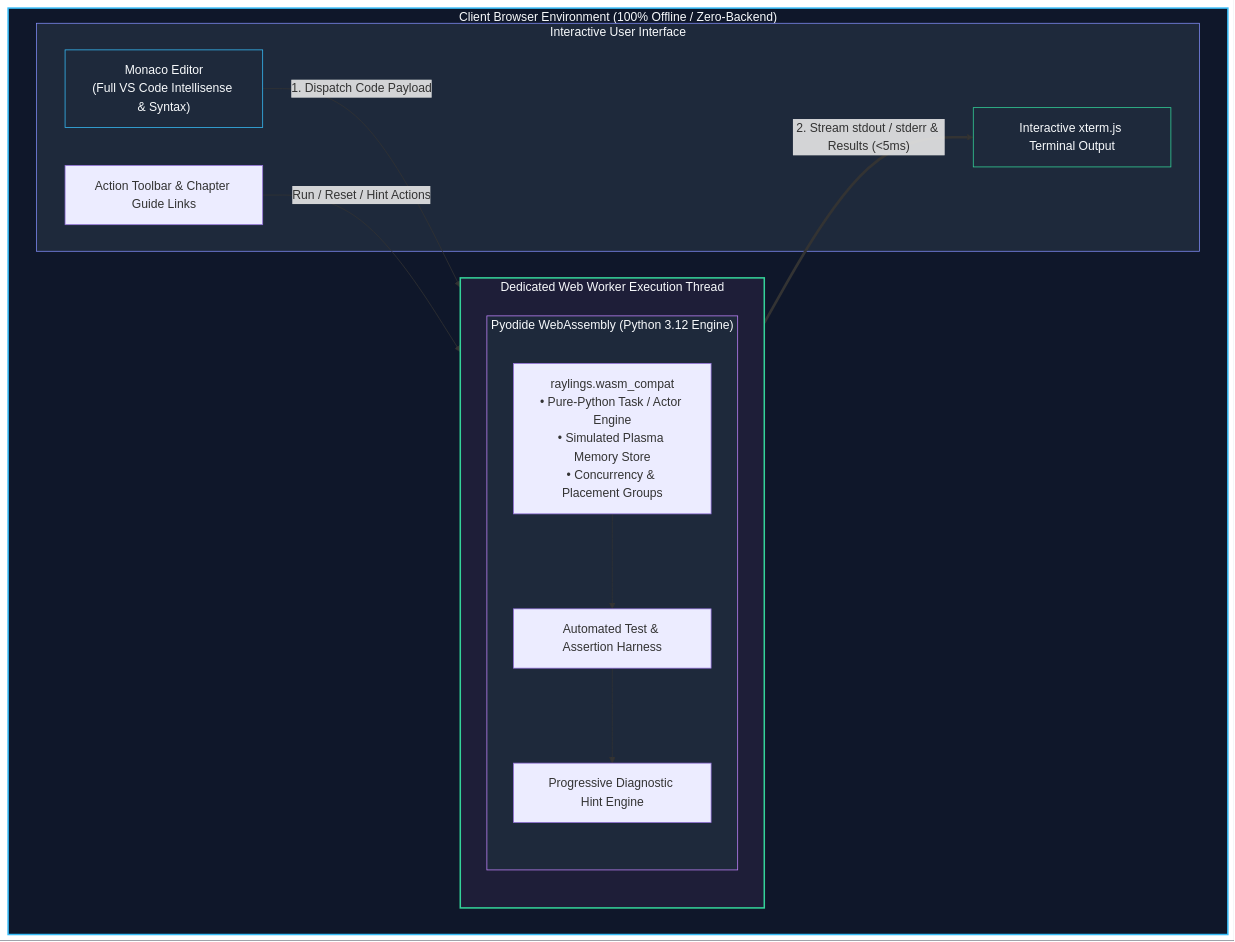
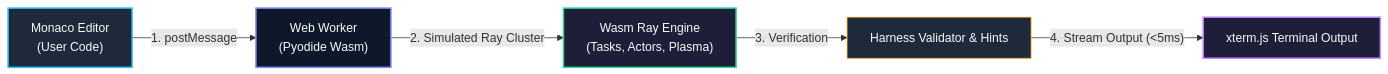
The diagram in docs/index.md (dnf0/raylings), drawn with Mermaid before and after one commit. The commit also changed other lines of this file and 22 other files, not shown here.

Commit message:
docs: streamline mermaid diagrams and attach conceptual walkthroughs (#26)

````diff
--- a/docs/index.md
+++ b/docs/index.md
@@ -77,31 +77,13 @@
 ```mermaid
-flowchart TD
-    subgraph BrowserClient["Client Browser Environment (100% Offline / Zero-Backend)"]
-        subgraph UI["Interactive User Interface"]
-            Monaco["Monaco Editor<br/>(Full VS Code Intellisense & Syntax)"]
-            Toolbar["Action Toolbar & Chapter Guide Links"]
-            Term["Interactive xterm.js Terminal Output"]
-        end
+flowchart LR
+    Monaco["Monaco Editor<br/>(User Code)"] -->|"1. postMessage"| Worker["Web Worker<br/>(Pyodide Wasm)"]
+    Worker -->|"2. Simulated Ray Cluster"| Engine["Wasm Ray Engine<br/>(Tasks, Actors, Plasma)"]
+    Engine -->|"3. Verification"| Tester["Harness Validator & Hints"]
+    Tester -->|"4. Stream Output (<5ms)"| Term["xterm.js Terminal Output"]
 
-        subgraph WorkerContext["Dedicated Web Worker Execution Thread"]
-            subgraph PyodideRuntime["Pyodide WebAssembly (Python 3.12 Engine)"]
-                WasmCompat["raylings.wasm_compat<br/>• Pure-Python Task / Actor Engine<br/>• Simulated Plasma Memory Store<br/>• Concurrency & Placement Groups"]
-                TestRunner["Automated Test & Assertion Harness"]
-                HintEngine["Progressive Diagnostic Hint Engine"]
-            end
-        end
-
-        Monaco -->|"1. Dispatch Code Payload"| WorkerContext
-        Toolbar -->|"Run / Reset / Hint Actions"| WorkerContext
-        WasmCompat --> TestRunner
-        TestRunner --> HintEngine
-        WorkerContext ==>|"2. Stream stdout / stderr & Results (<5ms)"| Term
-    end
-
-    style BrowserClient fill:#0f172a,stroke:#38bdf8,stroke-width:2px,color:#f8fafc
-    style UI fill:#1e293b,stroke:#818cf8,stroke-width:1px,color:#f8fafc
-    style WorkerContext fill:#1e1e38,stroke:#34d399,stroke-width:2px,color:#f8fafc
-    style PyodideRuntime fill:#1e293b,stroke:#c084fc,stroke-width:1px,color:#f8fafc
-    style Monaco fill:#1e293b,stroke:#38bdf8,stroke-width:1px,color:#f8fafc
-    style Term fill:#1e293b,stroke:#34d399,stroke-width:1px,color:#f8fafc
+    style Monaco fill:#1e293b,stroke:#38bdf8,stroke-width:2px,color:#f8fafc
+    style Worker fill:#0f172a,stroke:#818cf8,stroke-width:2px,color:#f8fafc
+    style Engine fill:#1e1e38,stroke:#34d399,stroke-width:2px,color:#f8fafc
+    style Tester fill:#1e293b,stroke:#f59e0b,stroke-width:1px,color:#f8fafc
+    style Term fill:#1e1e38,stroke:#c084fc,stroke-width:2px,color:#f8fafc
 ```
````
